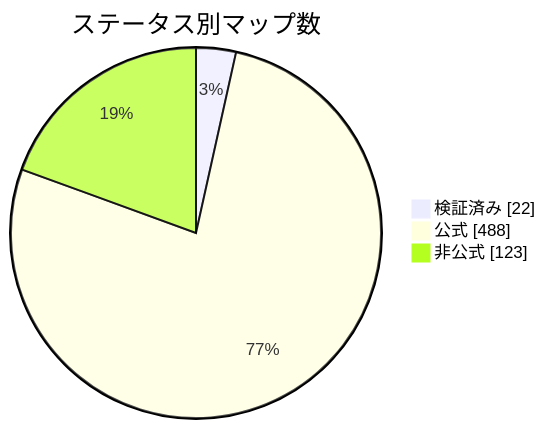
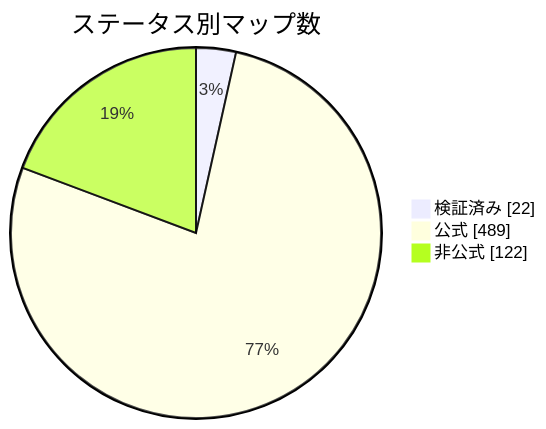
One commit to nobrega8/mbmap-library changed the diagram in docs/readme/README_JP.md. Above: the diagram before and after it, drawn with Mermaid. The commit also changed 6 other files, not shown here.

````diff
--- a/docs/readme/README_JP.md
+++ b/docs/readme/README_JP.md
@@ -54,7 +54,7 @@
 ```mermaid
 pie showData
     title ステータス別マップ数
     "検証済み" : 22
-    "公式" : 488
-    "非公式" : 123
+    "公式" : 489
+    "非公式" : 122
 ```
````
